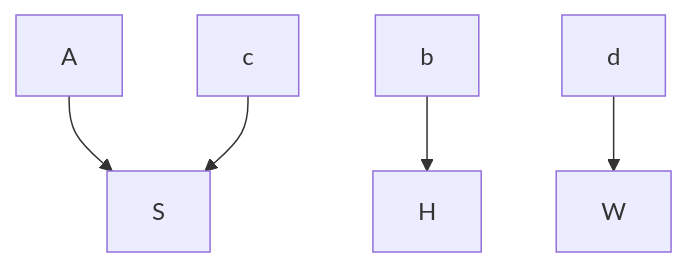
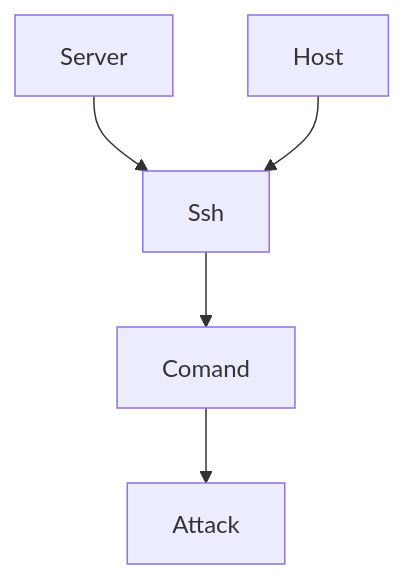
The diagram in README.md (AnonsKrekerDarkerAnonymous/Phising-Web-Facebook), drawn with Mermaid before and after one commit.

````diff
--- a/README.md
+++ b/README.md
@@ -6,7 +6,7 @@
 ```mermaid
 graph TD;
-    A-->S;
-    b-->H;
-    c-->S;
-    d-->W;
+    Server-->Ssh;
+    Host-->Ssh;
+    Ssh-->Comand;
+    Comand-->Attack;
 ```
````
